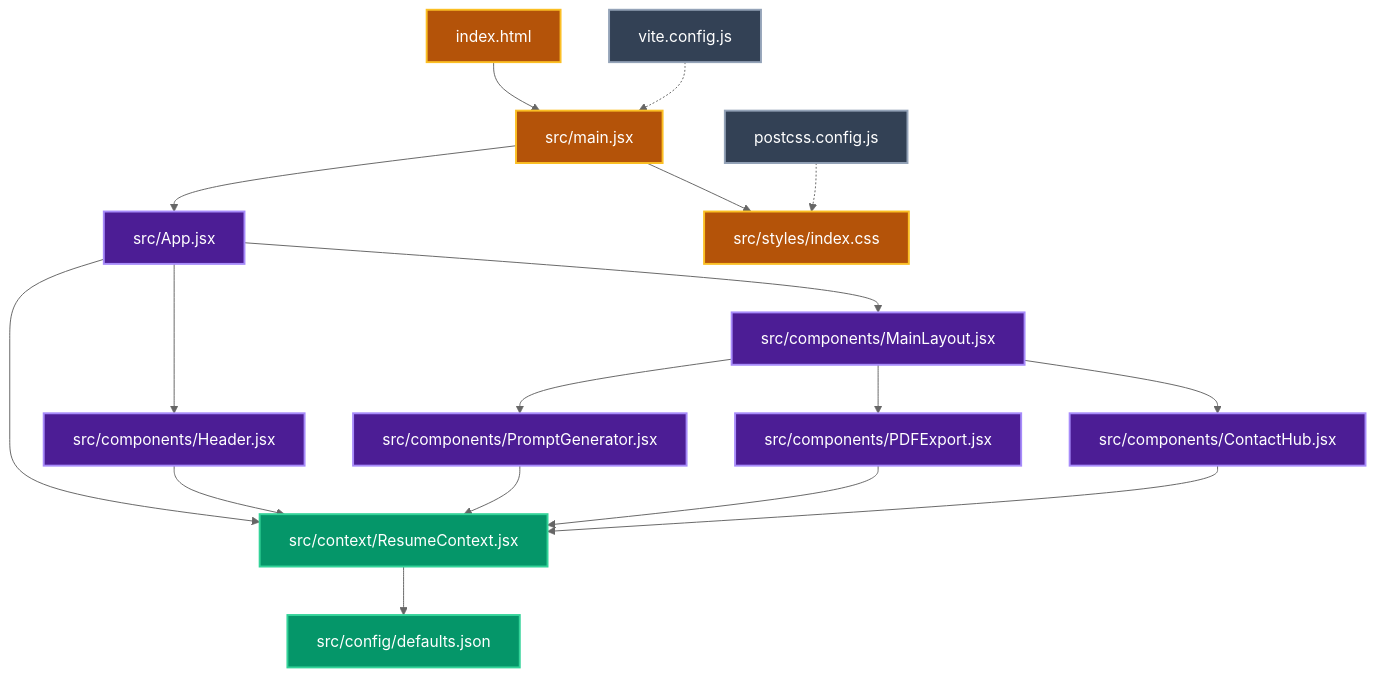
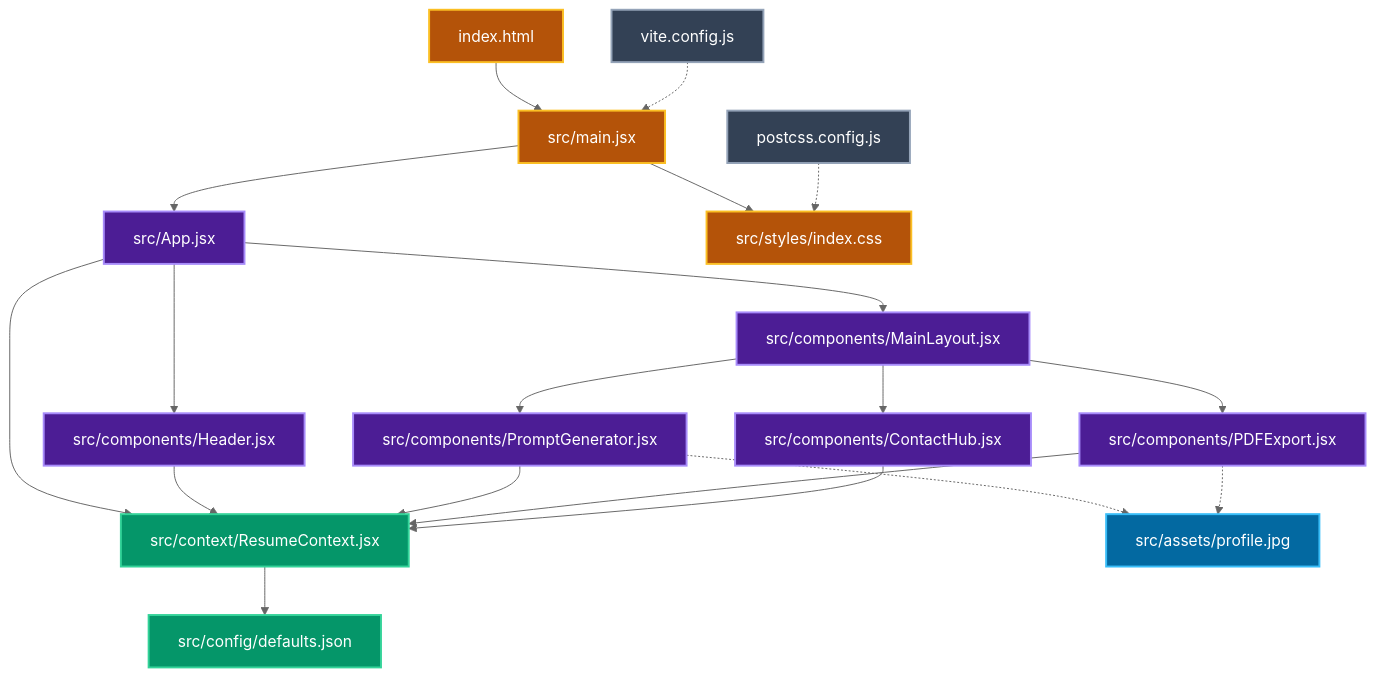
Before and after one commit to imrankhan2424/ai-resume-architect: the diagram in ARCHITECTURE.md, drawn with Mermaid (neutral theme). The commit also changed other lines of this file and 7 other files, not shown here.

Commit message:
feat: add profile photo customization suite with upload, shape, border, size controls, and print alignment

````diff
--- a/ARCHITECTURE.md
+++ b/ARCHITECTURE.md
@@ -9,42 +9,46 @@
 ```mermaid
 graph TD
     %% Entry Point
     index[index.html] --> main[src/main.jsx]
     main --> App[src/App.jsx]
     main --> css[src/styles/index.css]
     
     %% Root Component
     App --> ResumeContext[src/context/ResumeContext.jsx]
     App --> Header[src/components/Header.jsx]
     App --> MainLayout[src/components/MainLayout.jsx]
     
     %% Header Component
     Header --> ResumeContext
     
     %% Main Layout
     MainLayout --> PromptGenerator[src/components/PromptGenerator.jsx]
     MainLayout --> PDFExport[src/components/PDFExport.jsx]
     MainLayout --> ContactHub[src/components/ContactHub.jsx]
     
     %% Features
     PromptGenerator --> ResumeContext
+    PromptGenerator -.-> profilePhoto[src/assets/profile.jpg]
     PDFExport --> ResumeContext
+    PDFExport -.-> profilePhoto
     ContactHub --> ResumeContext
     
     %% Context & Config
     ResumeContext --> defaults[src/config/defaults.json]
     
     %% Build Config
     viteConfig[vite.config.js] -.-> main
     postcssConfig[postcss.config.js] -.-> css
 
     classDef component fill:#4c1d95,stroke:#a78bfa,stroke-width:2px,color:#fff;
     classDef context fill:#059669,stroke:#34d399,stroke-width:2px,color:#fff;
     classDef config fill:#334155,stroke:#94a3b8,stroke-width:2px,color:#fff;
     classDef entry fill:#b45309,stroke:#fbbf24,stroke-width:2px,color:#fff;
+    classDef asset fill:#0369a1,stroke:#38bdf8,stroke-width:2px,color:#fff;
 
     class App,Header,MainLayout,PromptGenerator,PDFExport,ContactHub component;
     class ResumeContext,defaults context;
     class viteConfig,postcssConfig config;
     class index,main,css entry;
+    class profilePhoto asset;
 ```
````
